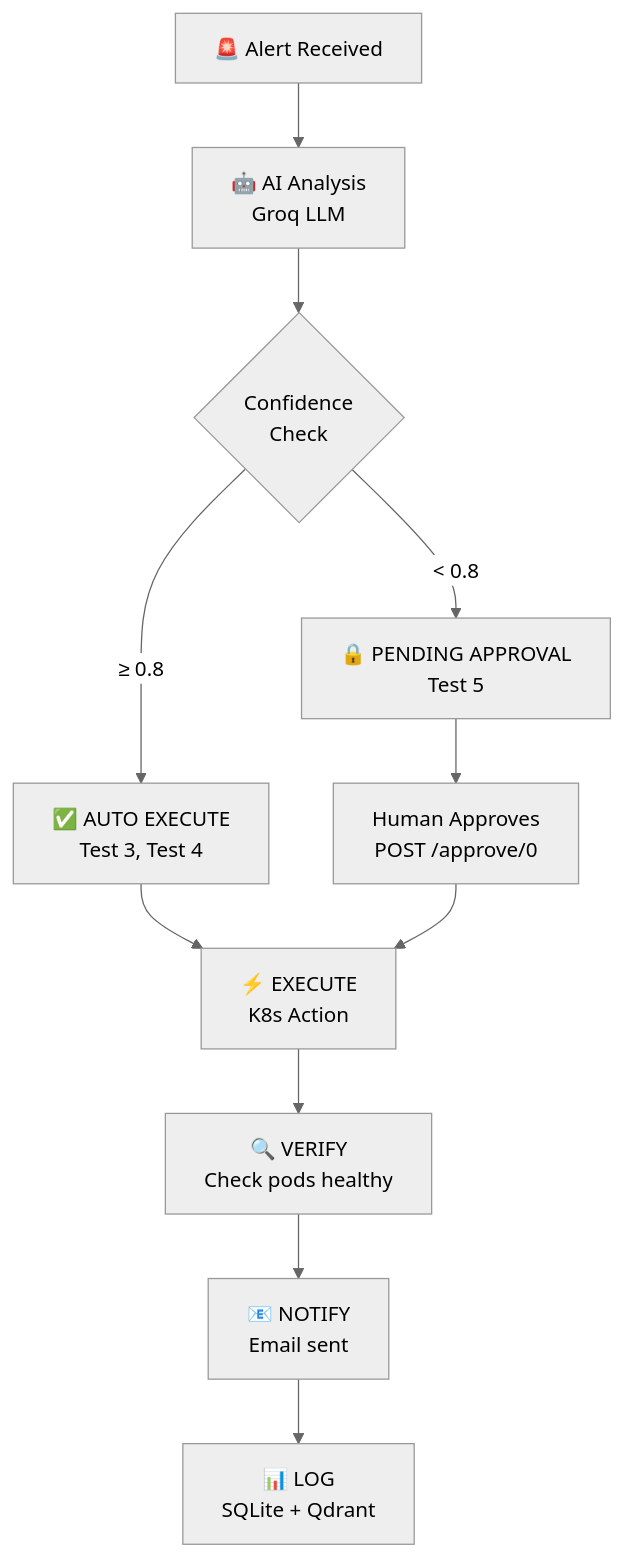
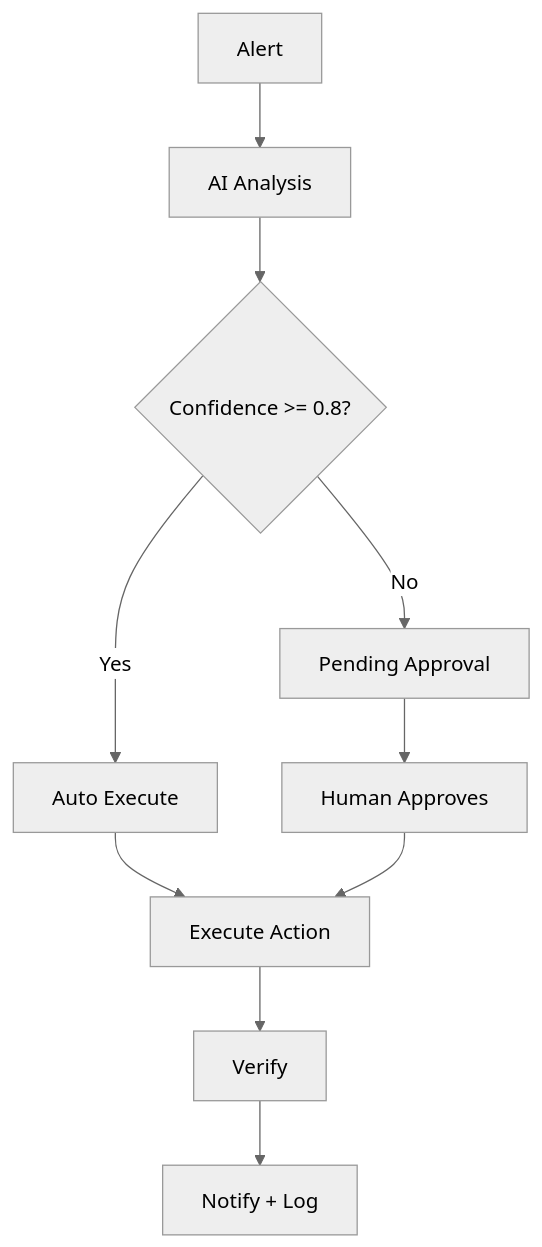
Before and after one commit to Shrinet82/ai-sre-agent: the diagram in TESTING.md, drawn with Mermaid (neutral theme). The commit also changed 1 other file, not shown here.

Commit message:
🎨 Simplify Mermaid diagrams for clean GitHub rendering
- Replace complex subgraphs with simple graph syntax
- Remove multi-line labels (br tags) that clutter
- Replace block-beta (unsupported) with simple graph LR
- Use cleaner node labels
- All diagrams now render cleanly on GitHub

````diff
--- a/TESTING.md
+++ b/TESTING.md
@@ -565,20 +565,12 @@
 ```mermaid
-flowchart TD
-    A[🚨 Alert Received] --> B[🤖 AI Analysis<br/>Groq LLM]
-
-    B --> C{Confidence<br/>Check}
-
-    C -->|≥ 0.8| D[✅ AUTO EXECUTE<br/>Test 3, Test 4]
-    C -->|< 0.8| E[🔒 PENDING APPROVAL<br/>Test 5]
-
-    E --> F[Human Approves<br/>POST /approve/0]
-
-    D --> G[⚡ EXECUTE<br/>K8s Action]
+graph TD
+    A[Alert] --> B[AI Analysis]
+    B --> C{Confidence >= 0.8?}
+    C -->|Yes| D[Auto Execute]
+    C -->|No| E[Pending Approval]
+    E --> F[Human Approves]
+    D --> G[Execute Action]
     F --> G
-
-    G --> H[🔍 VERIFY<br/>Check pods healthy]
-
-    H --> I[📧 NOTIFY<br/>Email sent]
-
-    I --> J[📊 LOG<br/>SQLite + Qdrant]
+    G --> H[Verify]
+    H --> I[Notify + Log]
 ```
````
